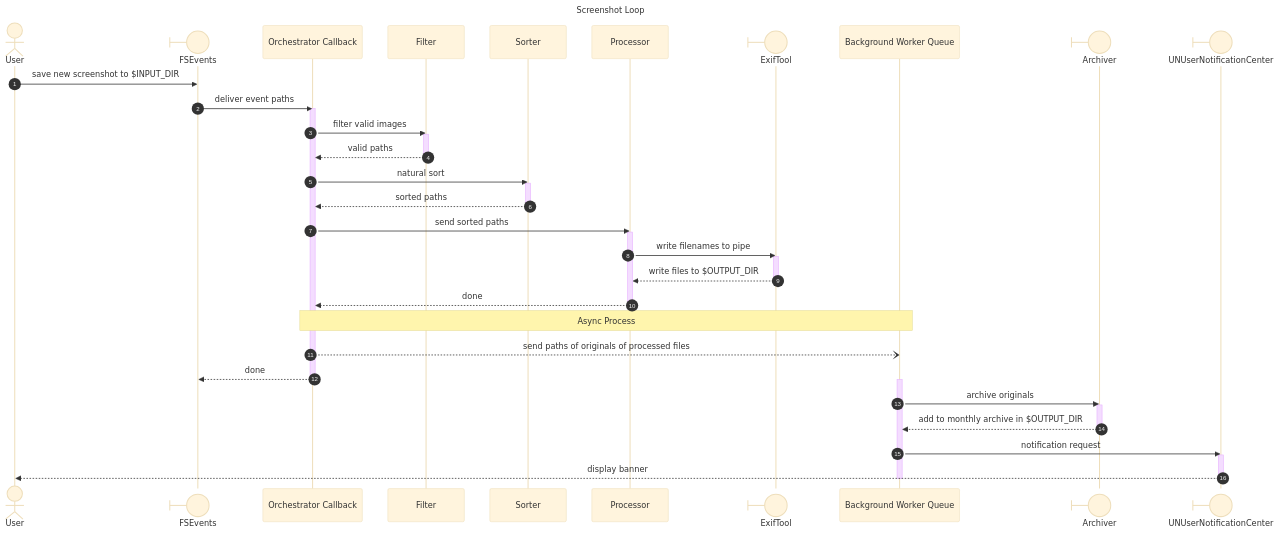
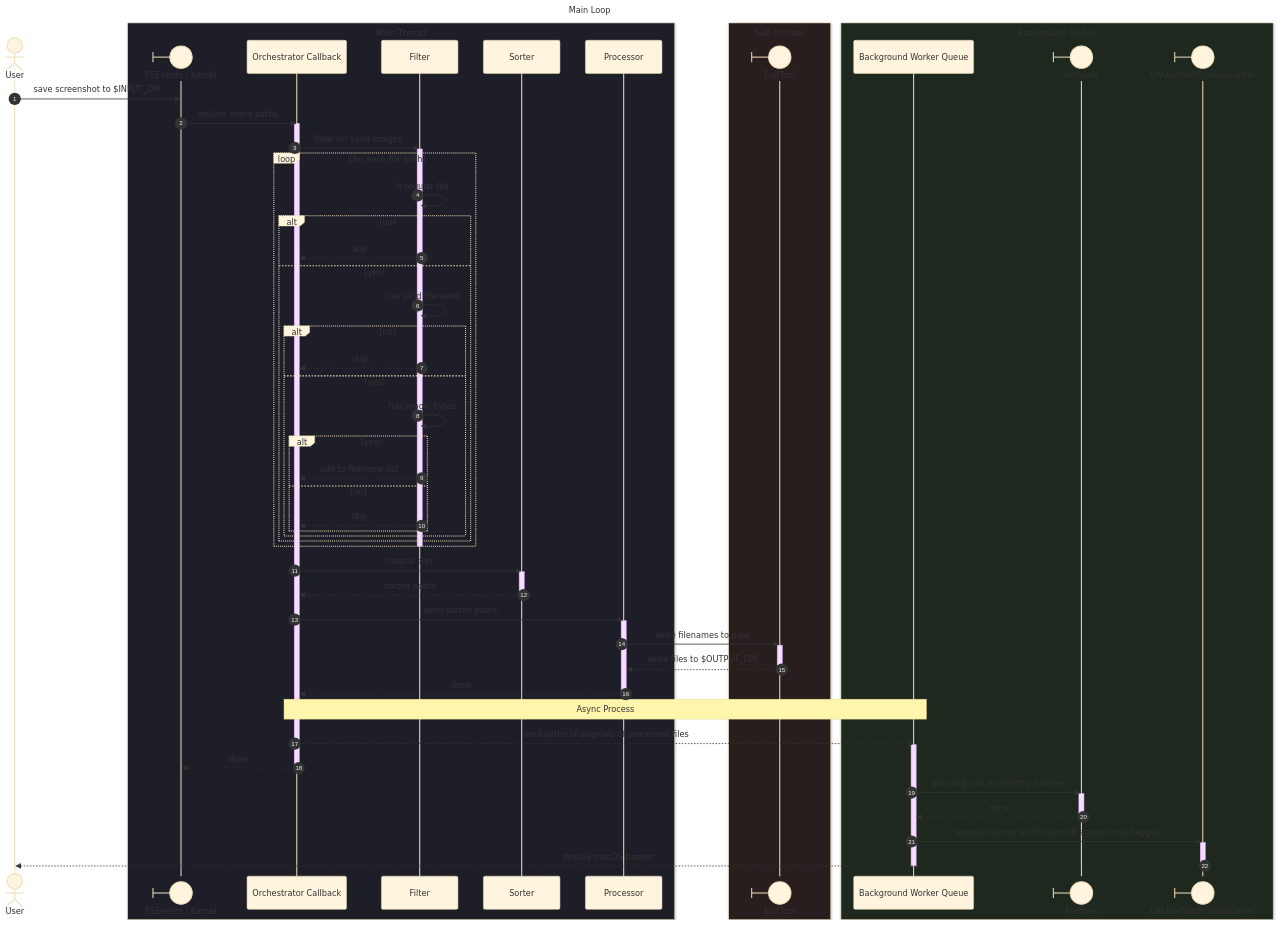
One commit to CharlesMC11/sst changed the third of 4 diagrams in Specification.md. Above: the diagram before and after it, drawn with Mermaid (base theme). The commit also changed other lines of this file and 1 other file, not shown here.

````diff
--- a/Specification.md
+++ b/Specification.md
@@ -169,65 +165,86 @@
 ```mermaid
 ---
-title: Screenshot Loop
+title: Main Loop
 ---
 sequenceDiagram
 autonumber
 
 actor User
-participant FS@{ type: boundary } as FSEvents
-participant O as Orchestrator Callback
-participant F as Filter
-participant S as Sorter
-participant P as Processor
-participant ET@{ type: boundary } as ExifTool
-participant BG as Background Worker Queue
-participant A@{ type: boundary } as Archiver
-participant N@{ type: boundary } as UNUserNotificationCenter
 
-User ->> FS : save new screenshot to $INPUT_DIR
+box rgb(30, 30, 40) Main Thread
+  participant FS@{ type: boundary } as FSEvents / Kernel
+  participant O as Orchestrator Callback
+  participant F as Filter
+  participant S as Sorter
+  participant P as Processor
+end
+
+box rgb(40, 30, 30) Sub-Process
+  participant ET@{ type: boundary } as ExifTool
+end
+
+box rgb(30, 40, 30) Background Queue
+  participant BG as Background Worker Queue
+  participant A@{ type: boundary } as Archiver
+  participant N@{ type: boundary } as UNUserNotificationCenter
+end
+
+User ->> FS : save screenshot to $INPUT_DIR
 FS ->> O : deliver event paths
 
 activate O
-  O ->> F : filter valid images
-
-  activate F
-    F -->> O : valid paths
-  deactivate F
+  O ->> F : filter for valid images
+    activate F
+      loop for each file path
+        F ->> F : is regular file
+        alt no
+          F -->> O : skip
+        else yes
+          F ->> F : has valid filename
+          alt no
+            F -->> O : skip
+          else yes
+            F ->> F : has magic bytes
+            alt yes
+              F -->> O : add to filename list
+            else no
+              F -->> O : skip
+            end
+          end
+        end
+      end
+    deactivate F
 
   O ->> S : natural sort
-
   activate S
     S -->> O : sorted paths
   deactivate S
 
   O ->> P : send sorted paths
-
   activate P
     P ->> ET : write filenames to pipe
-
-    activate ET
-      ET -->> P : write files to $OUTPUT_DIR
-    deactivate ET
-
+      activate ET
+        ET -->> P : write files to $OUTPUT_DIR
+      deactivate ET
     P -->> O : done
   deactivate P
 
   Note over O,BG: Async Process
   O --) BG : send paths of originals of processed files
-  O -->> FS : done
+  activate BG
+    O -->> FS : done
+
 deactivate O
 
-activate BG
-  BG ->> A : archive originals
+    BG ->> A : add originals to monthly archive
+    activate A
+    A -->> BG : done
+    deactivate A
 
-  activate A
-    A -->> BG : add to monthly archive in $OUTPUT_DIR
-  deactivate A
+    BG ->> N : request banner notification (N screenshots tagged)
 
-  BG ->> N : notification request
-
-  activate N
-    N -->> User : display banner
-  deactivate N
-deactivate BG
+    activate N
+      N -->> User : display macOS banner
+    deactivate N
+  deactivate BG
 ```
````
